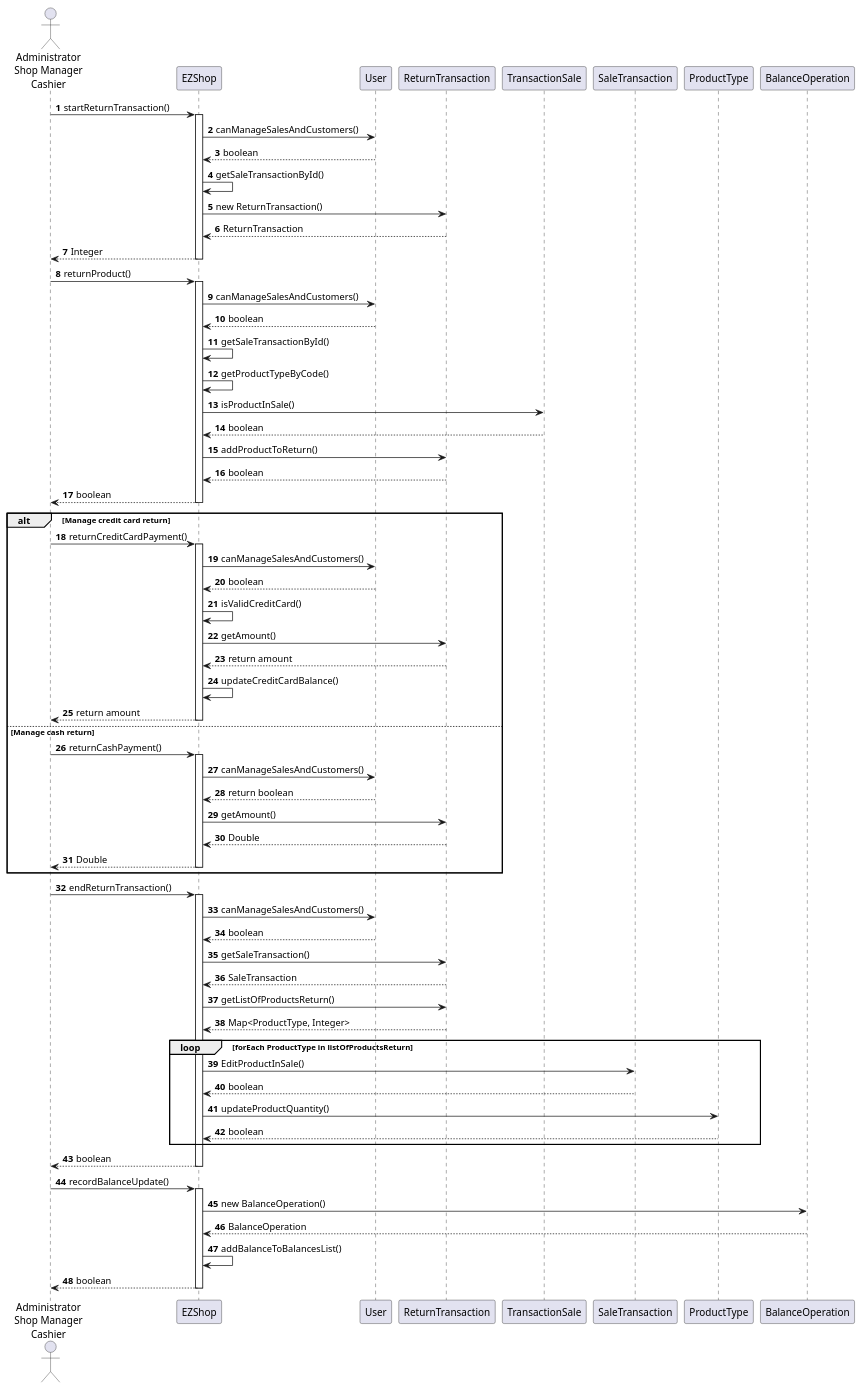
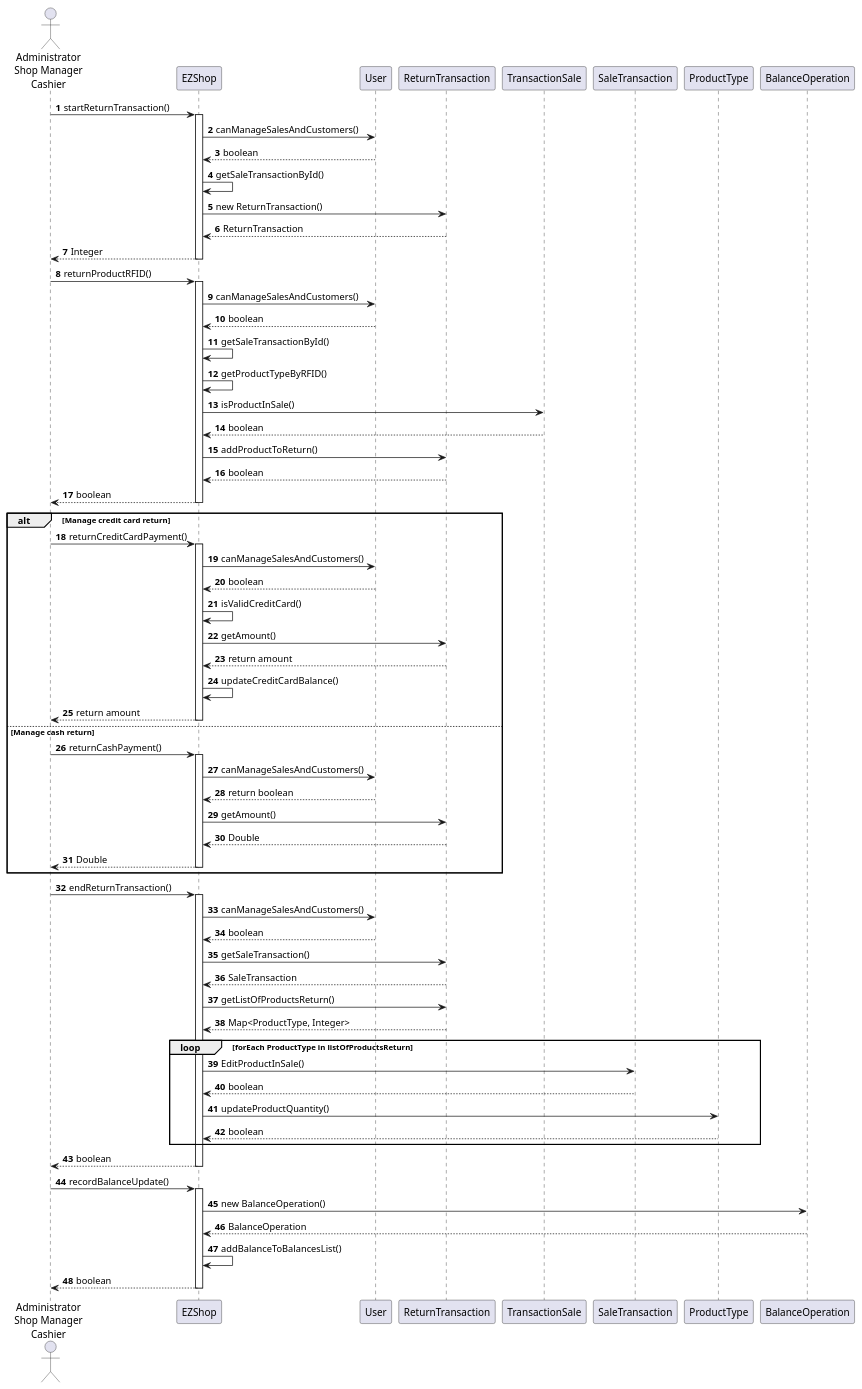
One commit to gioele-scaletta/EZShop-Software-Engineering-Project changed diagram 19 of 20 in Deliverables/DesignDocument.md. Above: the diagram before and after it, drawn with PlantUML. The commit also changed other lines of this file, not shown here.

````diff
--- a/Deliverables/DesignDocument.md
+++ b/Deliverables/DesignDocument.md
@@ -722,75 +712,75 @@
 ```plantuml
 actor "Administrator\nShop Manager\nCashier" as user
 
 autonumber
 user -> EZShop : startReturnTransaction()
 activate  EZShop
 EZShop -> User : canManageSalesAndCustomers()
 EZShop <-- User : boolean
 EZShop -> EZShop : getSaleTransactionById()
 EZShop -> ReturnTransaction : new ReturnTransaction()
 EZShop <-- ReturnTransaction : ReturnTransaction
 user <-- EZShop : Integer
 deactivate EZShop
 
-user -> EZShop : returnProduct()
+user -> EZShop : returnProductRFID()
 activate EZShop
 EZShop -> User : canManageSalesAndCustomers()
 EZShop <-- User : boolean
 EZShop -> EZShop : getSaleTransactionById()
-EZShop -> EZShop : getProductTypeByCode()
+EZShop -> EZShop : getProductTypeByRFID()
 EZShop -> TransactionSale : isProductInSale()
 EZShop <-- TransactionSale : boolean
 EZShop -> ReturnTransaction : addProductToReturn()
 EZShop <-- ReturnTransaction : boolean
 user <-- EZShop : boolean
 deactivate EZShop
 
 alt Manage credit card return
     user -> EZShop : returnCreditCardPayment()
     activate EZShop
     EZShop -> User : canManageSalesAndCustomers()
     EZShop <-- User : boolean
     EZShop -> EZShop : isValidCreditCard()
     EZShop -> ReturnTransaction : getAmount()
     EZShop <-- ReturnTransaction : return amount
     EZShop -> EZShop : updateCreditCardBalance()
     user <-- EZShop : return amount
     deactivate EZShop
 else Manage cash return
     user -> EZShop : returnCashPayment()
     activate EZShop
     EZShop -> User : canManageSalesAndCustomers()
     EZShop <-- User : return boolean
     EZShop -> ReturnTransaction : getAmount()
     EZShop <-- ReturnTransaction : Double
     user <-- EZShop : Double
     deactivate EZShop
 end
 
 user -> EZShop : endReturnTransaction()
 activate EZShop
 EZShop -> User : canManageSalesAndCustomers()
 EZShop <-- User : boolean
 EZShop -> ReturnTransaction : getSaleTransaction()
 EZShop <-- ReturnTransaction : SaleTransaction
 EZShop -> ReturnTransaction : getListOfProductsReturn()
 EZShop <-- ReturnTransaction : Map<ProductType, Integer>
 loop forEach ProductType in listOfProductsReturn
     EZShop -> SaleTransaction : EditProductInSale()
     EZShop <-- SaleTransaction : boolean
     EZShop -> ProductType : updateProductQuantity()
     EZShop <-- ProductType : boolean
 end
 user <-- EZShop: boolean
 deactivate EZShop
 
 user -> EZShop : recordBalanceUpdate()
 activate EZShop
 EZShop -> BalanceOperation : new BalanceOperation()
 EZShop <-- BalanceOperation : BalanceOperation
 EZShop -> EZShop : addBalanceToBalancesList()
 user <-- EZShop : boolean
 deactivate EZShop
 
 ```
````
